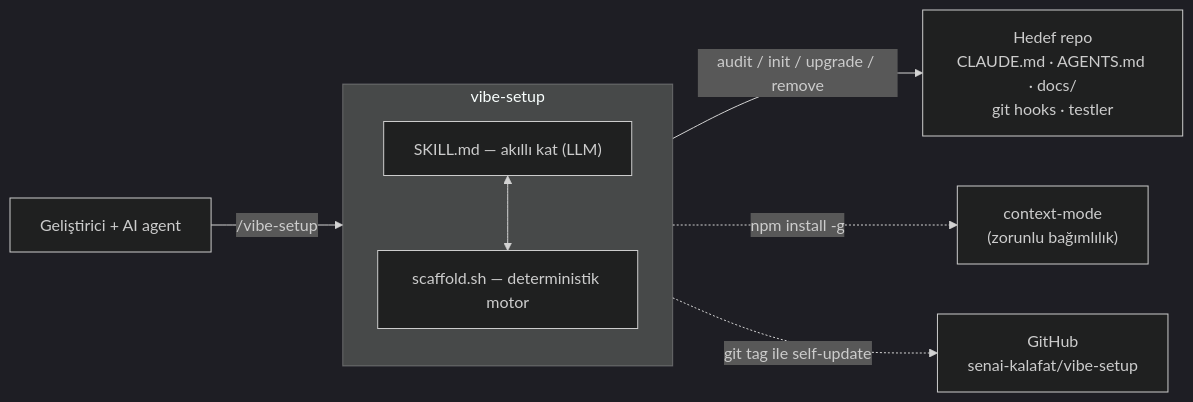
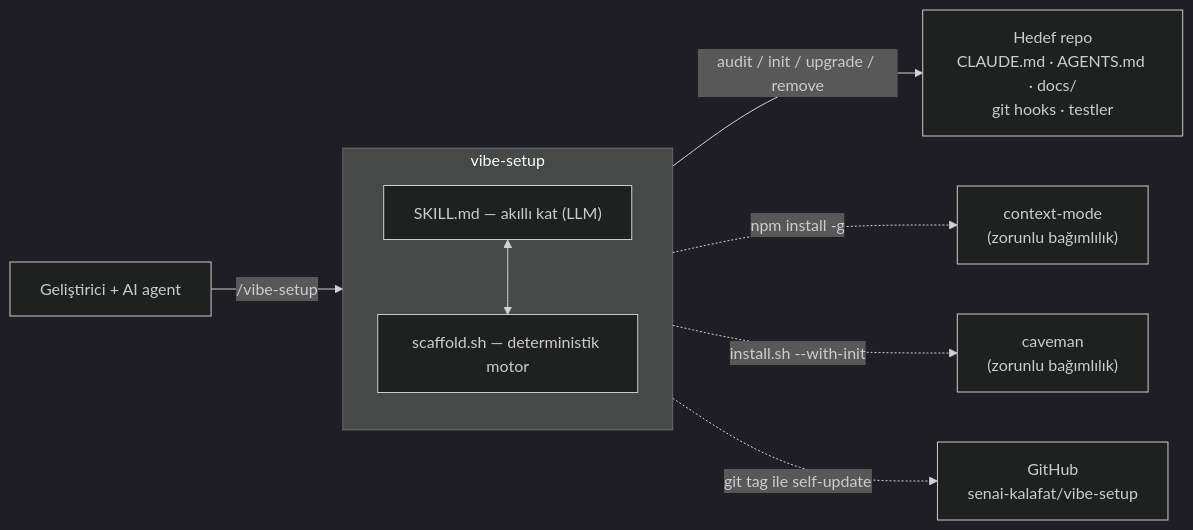
The diagram in README.md (senai-kalafat/vibe-setup), drawn with Mermaid (dark theme) before and after one commit. The commit also changed other lines of this file and 5 other files, not shown here.

Commit message:
VIB-19 npm/curl guard'lari + global kurulum seffafligi (description, README, mimari diagram)

````diff
--- a/README.md
+++ b/README.md
@@ -19,14 +24,15 @@
 ```mermaid
 flowchart LR
   U["Geliştirici + AI agent"] -->|/vibe-setup| VS
 
   subgraph VS["vibe-setup"]
     SK["SKILL.md — akıllı kat (LLM)"]
     EN["scaffold.sh — deterministik motor"]
     SK <--> EN
   end
 
   VS -->|"audit / init / upgrade / remove"| TR["Hedef repo<br/>CLAUDE.md · AGENTS.md · docs/<br/>git hooks · testler"]
   VS -.->|"npm install -g"| CM["context-mode<br/>(zorunlu bağımlılık)"]
+  VS -.->|"install.sh --with-init"| CV["caveman<br/>(zorunlu bağımlılık)"]
   VS -.->|"git tag ile self-update"| GH["GitHub<br/>senai-kalafat/vibe-setup"]
 ```
````
